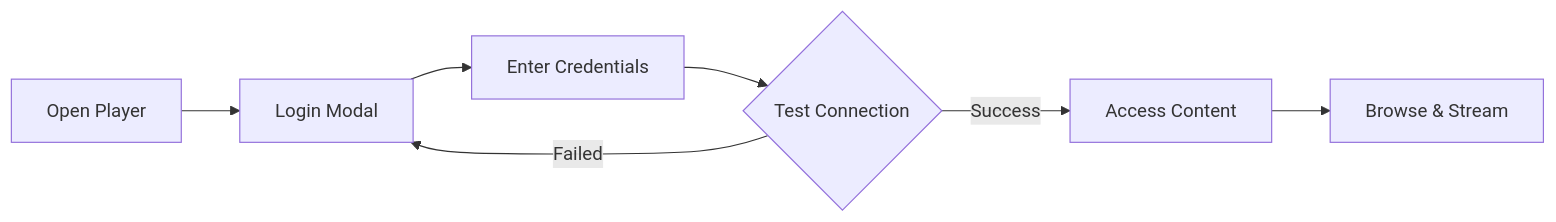
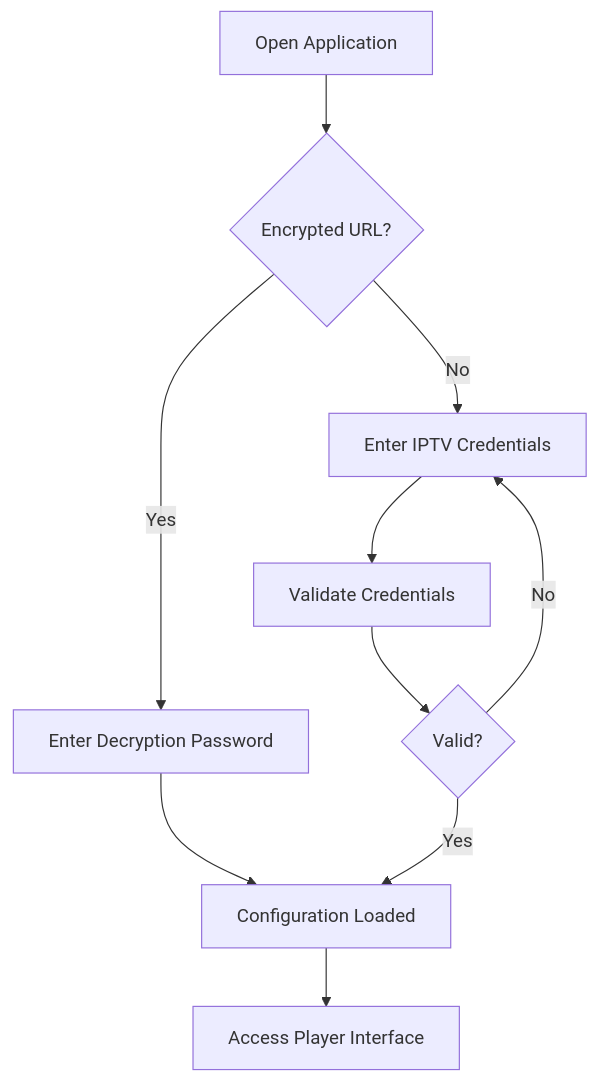
The first of 4 diagrams in README.md (xsukax/xsukax-IPTV-Player), drawn with Mermaid before and after one commit. The commit also changed other lines of this file, not shown here.

First line of the commit message:
Revise README for xsukax IPTV Player

````diff
--- a/README.md
+++ b/README.md
@@ -130,9 +100,12 @@
 ```mermaid
-graph LR
-    A[Open Player] --> B[Login Modal]
-    B --> C[Enter Credentials]
-    C --> D{Test Connection}
-    D -->|Success| E[Access Content]
-    D -->|Failed| B
-    E --> F[Browse & Stream]
+graph TD
+    A[Open Application] --> B{Encrypted URL?}
+    B -->|Yes| C[Enter Decryption Password]
+    B -->|No| D[Enter IPTV Credentials]
+    C --> E[Configuration Loaded]
+    D --> F[Validate Credentials]
+    F --> G{Valid?}
+    G -->|Yes| E
+    G -->|No| D
+    E --> H[Access Player Interface]
 ```
````
